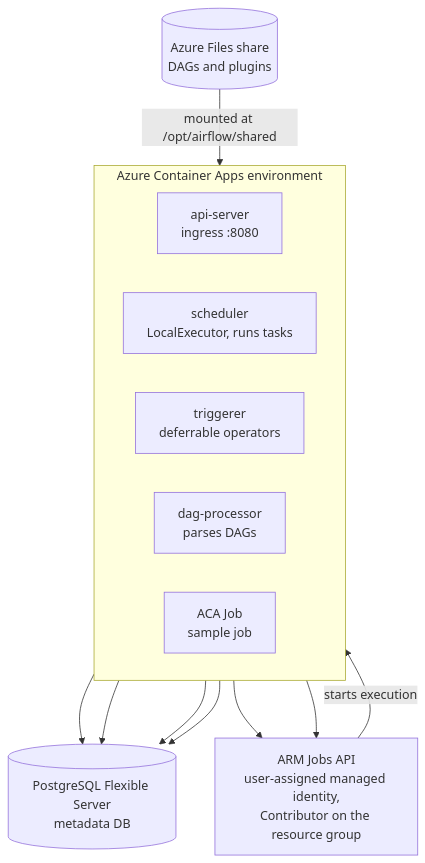
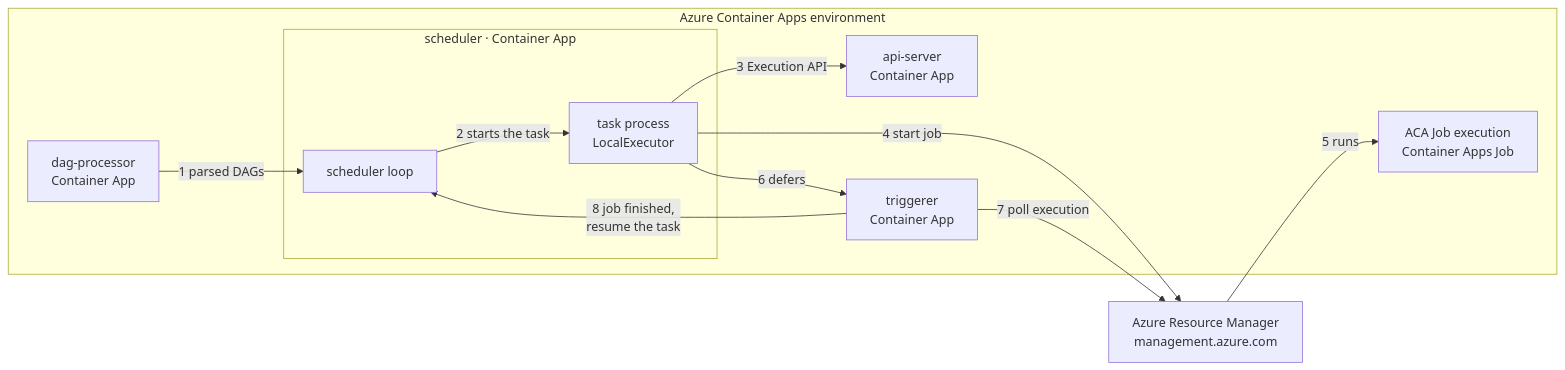
One commit to kyletaylored/airflow-aca-datadog changed the first of 2 diagrams in README.md. Above: the diagram before and after it, drawn with Mermaid. The commit also changed other lines of this file, not shown here.

First line of the commit message:
docs: redraw the deployment diagram as a component flow map

````diff
--- a/README.md
+++ b/README.md
@@ -32,20 +32,23 @@
 ```mermaid
-flowchart TB
+flowchart LR
     subgraph env["Azure Container Apps environment"]
-        direction LR
-        api["api-server<br/>ingress :8080"]
-        sched["scheduler<br/>LocalExecutor, runs tasks"]
-        trig["triggerer<br/>deferrable operators"]
-        dagp["dag-processor<br/>parses DAGs"]
-        job["ACA Job<br/>sample job"]
+        dagp["dag-processor<br/>Container App"]
+        subgraph schedApp["scheduler · Container App"]
+            sched["scheduler loop"]
+            task["task process<br/>LocalExecutor"]
+        end
+        api["api-server<br/>Container App"]
+        trig["triggerer<br/>Container App"]
+        job["ACA Job execution<br/>Container Apps Job"]
     end
+    arm["Azure Resource Manager<br/>management.azure.com"]
 
-    pg[("PostgreSQL Flexible Server<br/>metadata DB")]
-    share[("Azure Files share<br/>DAGs and plugins")]
-    arm["ARM Jobs API<br/>user-assigned managed identity,<br/>Contributor on the resource group"]
-
-    share -- "mounted at /opt/airflow/shared" --> env
-    api & sched & trig & dagp --> pg
-    sched & trig --> arm
-    arm -- "starts execution" --> job
+    dagp -- "1 parsed DAGs" --> sched
+    sched -- "2 starts the task" --> task
+    task -- "3 Execution API" --> api
+    task -- "4 start job" --> arm
+    arm -- "5 runs" --> job
+    task -- "6 defers" --> trig
+    trig -- "7 poll execution" --> arm
+    trig -- "8 job finished,<br/>resume the task" --> sched
 ```
````
